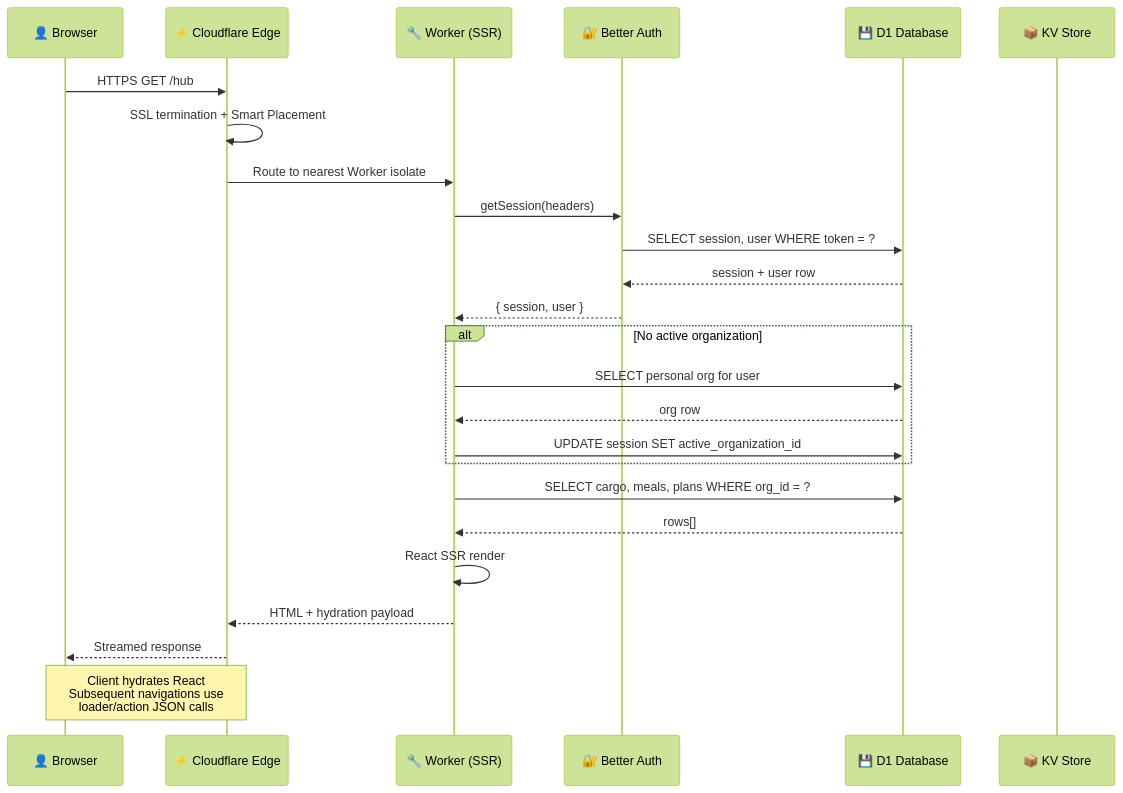
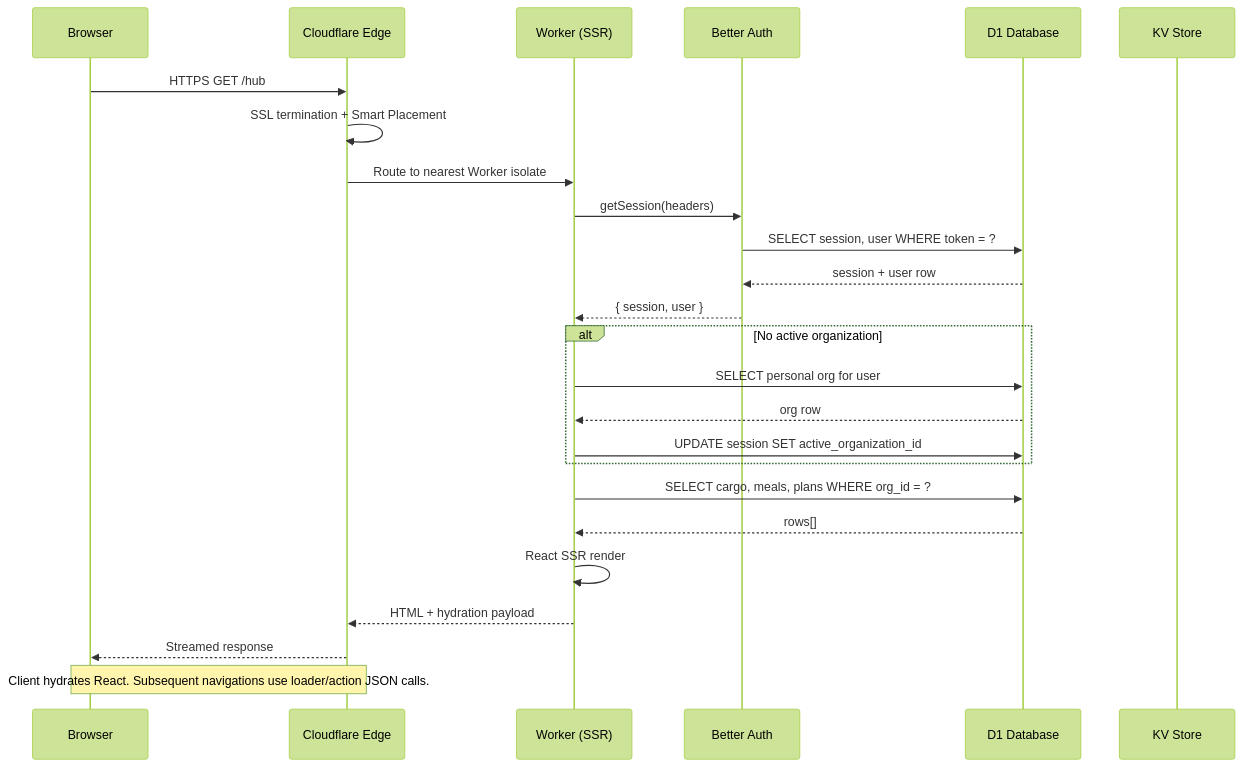
Before and after one commit to bjamesdowning/ration-mirror: the second of 16 diagrams in README.md, drawn with Mermaid (forest theme). The commit also changed other lines of this file and 1 other file, not shown here.

First line of the commit message:
fix(ui): render ActionMenu dropdown via portal to escape overflow-hidden clipping

````diff
--- a/README.md
+++ b/README.md
@@ -150,33 +151,33 @@
 ```mermaid
 sequenceDiagram
-    participant Browser as 👤 Browser
-    participant Edge as ⚡ Cloudflare Edge
-    participant Worker as 🔧 Worker (SSR)
-    participant Auth as 🔐 Better Auth
-    participant D1 as 💾 D1 Database
-    participant KV as 📦 KV Store
+    participant Browser as Browser
+    participant Edge as Cloudflare Edge
+    participant Worker as Worker (SSR)
+    participant Auth as Better Auth
+    participant D1 as D1 Database
+    participant KV as KV Store
 
     Browser->>Edge: HTTPS GET /hub
     Edge->>Edge: SSL termination + Smart Placement
     Edge->>Worker: Route to nearest Worker isolate
 
     Worker->>Auth: getSession(headers)
     Auth->>D1: SELECT session, user WHERE token = ?
     D1-->>Auth: session + user row
     Auth-->>Worker: { session, user }
 
     alt No active organization
         Worker->>D1: SELECT personal org for user
         D1-->>Worker: org row
         Worker->>D1: UPDATE session SET active_organization_id
     end
 
     Worker->>D1: SELECT cargo, meals, plans WHERE org_id = ?
     D1-->>Worker: rows[]
 
     Worker->>Worker: React SSR render
     Worker-->>Edge: HTML + hydration payload
     Edge-->>Browser: Streamed response
 
-    Note over Browser,Edge: Client hydrates React<br/>Subsequent navigations use<br/>loader/action JSON calls
+    Note over Browser,Edge: Client hydrates React. Subsequent navigations use loader/action JSON calls.
 ```
````
